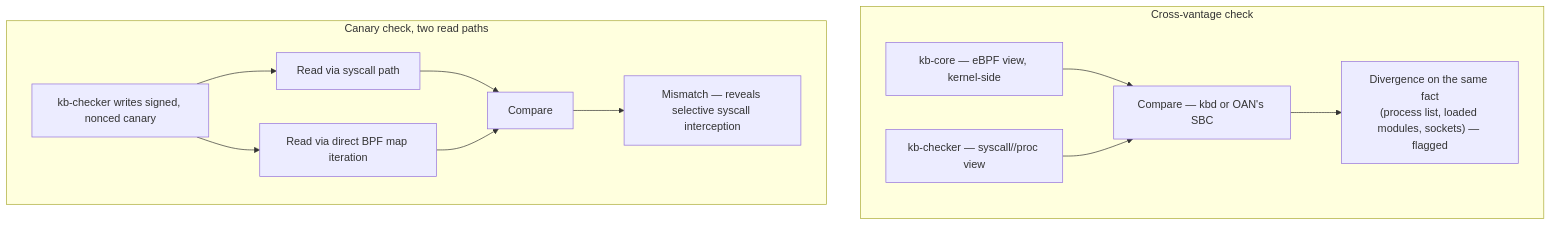
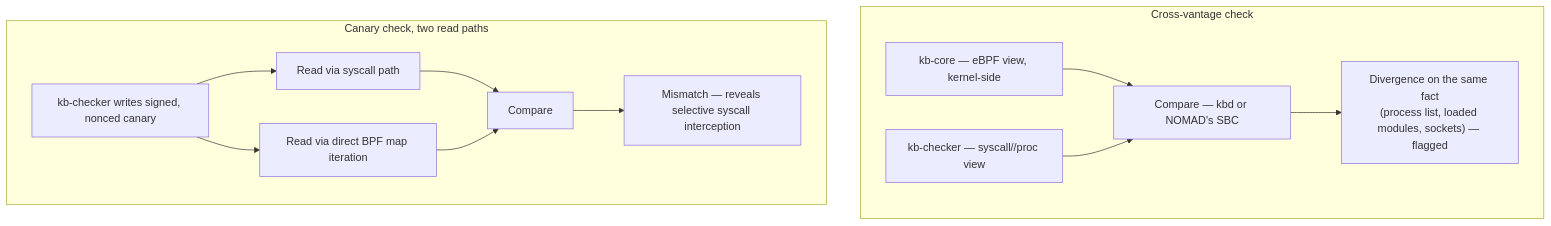
The sixth of 6 diagrams in docs/features/hardware-ext/nomad-rootkit-resistance.md (pardhuvarmax/kernel-borderlands), drawn with Mermaid before and after one commit. The commit also changed other lines of this file and 6 other files, not shown here.

First line of the commit message:
rename: finish OAN -> NOMAD content updates missed by prior commit

````diff
--- a/docs/features/hardware-ext/nomad-rootkit-resistance.md
+++ b/docs/features/hardware-ext/nomad-rootkit-resistance.md
@@ -153,15 +153,15 @@
 ```mermaid
 graph TD
     subgraph Cross["Cross-vantage check"]
-        CORE["kb-core — eBPF view, kernel-side"] --> CMP1["Compare — kbd or OAN's SBC"]
+        CORE["kb-core — eBPF view, kernel-side"] --> CMP1["Compare — kbd or NOMAD's SBC"]
         KBC1["kb-checker — syscall//proc view"] --> CMP1
         CMP1 --> FLAG1["Divergence on the same fact<br/>(process list, loaded modules, sockets) — flagged"]
     end
     subgraph Canary["Canary check, two read paths"]
         WRITE["kb-checker writes signed, nonced canary"] --> SYS["Read via syscall path"]
         WRITE --> BPFR["Read via direct BPF map iteration"]
         SYS --> CMP2["Compare"]
         BPFR --> CMP2
         CMP2 --> FLAG2["Mismatch — reveals selective syscall interception"]
     end
 ```
````
